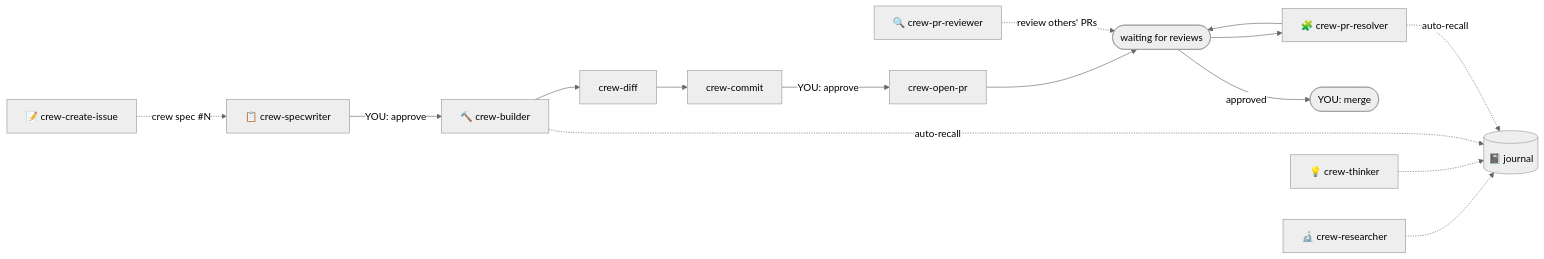
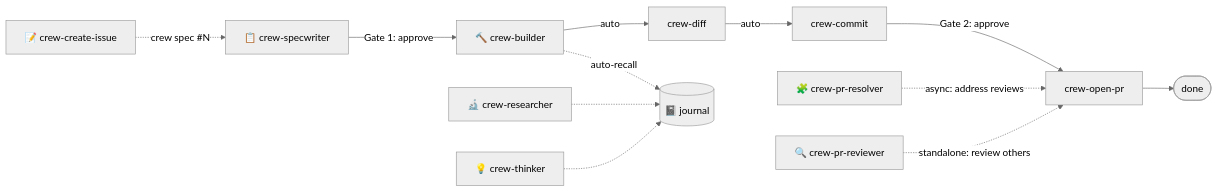
The diagram in README.md (crespocarlos/el-capitan), drawn with Mermaid (neutral theme) before and after one commit. The commit also changed other lines of this file and 5 other files, not shown here.

````diff
--- a/README.md
+++ b/README.md
@@ -54,17 +56,15 @@
 ```mermaid
 flowchart LR
     issue["📝 crew-create-issue"] -.->|"crew spec #N"| spec
-    spec["📋 crew-specwriter"] -->|"YOU: approve"| build["🔨 crew-builder"]
-    build --> diff["crew-diff"] --> commit["crew-commit"]
-    commit -->|"YOU: approve"| pr["crew-open-pr"]
-    pr --> review(["waiting for reviews"])
-    review --> resolve["🧩 crew-pr-resolver"]
-    resolve --> review
-    review -->|"approved"| merge(["YOU: merge"])
+    spec["📋 crew-specwriter"] -->|"Gate 1: approve"| build["🔨 crew-builder"]
+    build -->|"auto"| diff["crew-diff"]
+    diff -->|"auto"| commit["crew-commit"]
+    commit -->|"Gate 2: approve"| pr["crew-open-pr"]
+    pr --> pipelineDone(["done"])
 
-    reviewer["🔍 crew-pr-reviewer"] -.->|"review others' PRs"| review
+    resolver["🧩 crew-pr-resolver"] -.->|"async: address reviews"| pr
+    reviewer["🔍 crew-pr-reviewer"] -.->|"standalone: review others"| pr
     research["🔬 crew-researcher"] -.-> journal[("📓 journal")]
     think["💡 crew-thinker"] -.-> journal
     build -.->|"auto-recall"| journal
-    resolve -.->|"auto-recall"| journal
 ```
````
